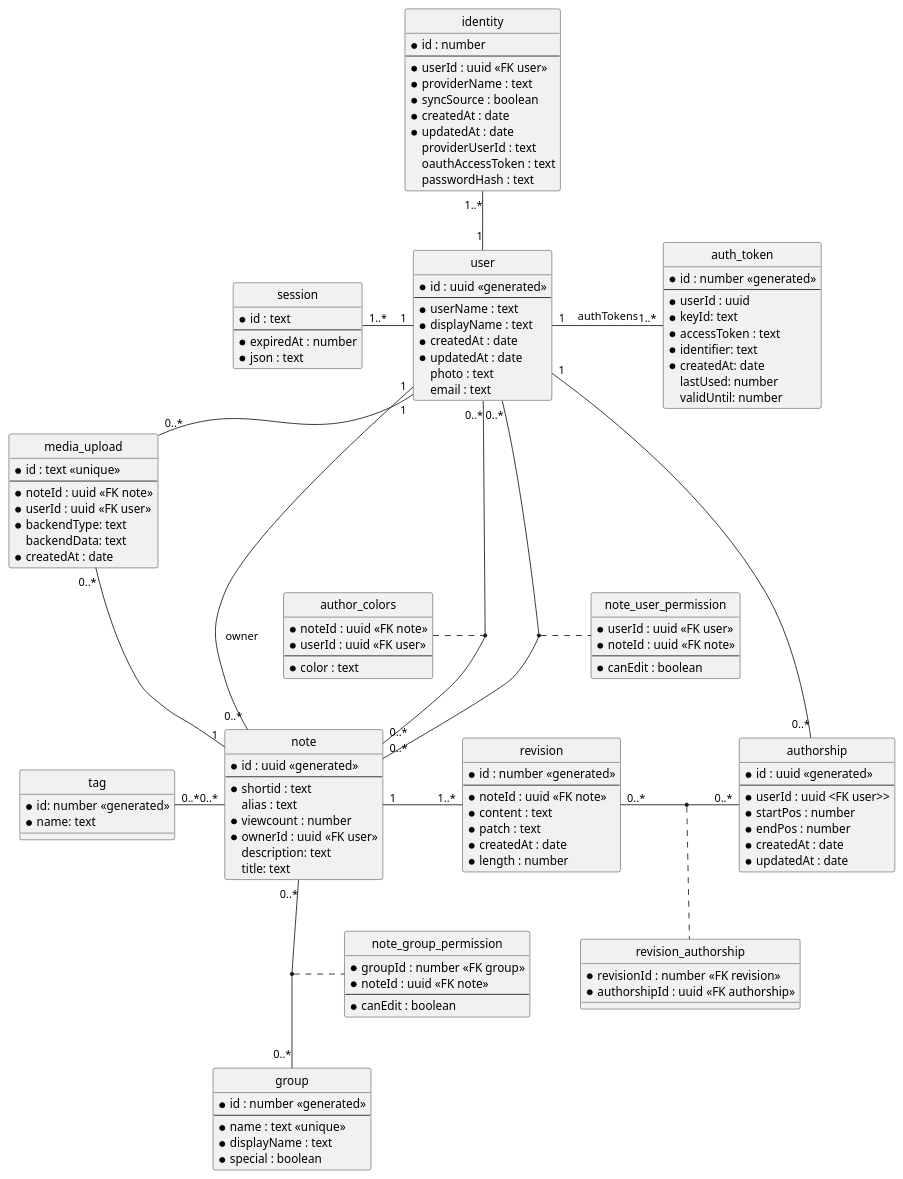
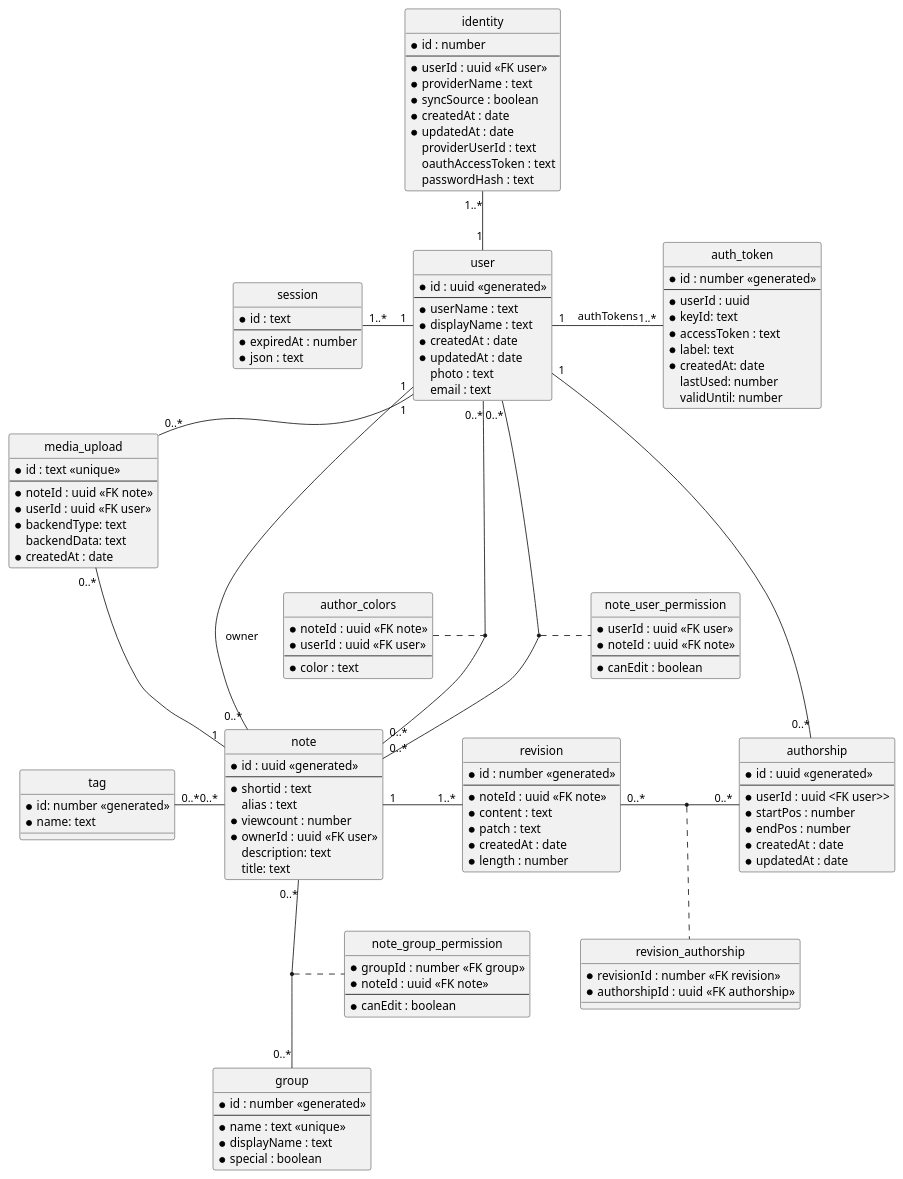
One commit to hedgedoc/hedgedoc changed the diagram in docs/content/dev/db-schema.plantuml. Above: the diagram before and after it, drawn with PlantUML. The commit also changed 5 other files, not shown here.

```diff
--- a/docs/content/dev/db-schema.plantuml
+++ b/docs/content/dev/db-schema.plantuml
@@ -1,159 +1,159 @@
 @startuml
 hide circle
 skinparam nodesep 60
 
 entity "note" {
   *id : uuid <<generated>>
   --
   *shortid : text
   alias : text
   *viewcount : number
   *ownerId : uuid <<FK user>>
   description: text
   title: text
 }
 
 entity "user" {
   *id : uuid <<generated>>
   --
   *userName : text
   *displayName : text
   *createdAt : date
   *updatedAt : date
   photo : text
   email : text
 }
 
 entity "auth_token"{
   *id : number <<generated>>
   --
   *userId : uuid
   *keyId: text
   *accessToken : text
-  *identifier: text
+  *label: text
   *createdAt: date
   lastUsed: number
   validUntil: number
 }
 
 entity "identity" {
   *id : number
   --
   *userId : uuid <<FK user>>
   ' Identifies the external login provider and is set in the config
   *providerName : text
   *syncSource : boolean
   *createdAt : date
   *updatedAt : date
   ' The unique identifier of a user from the login provider
   providerUserId : text
   ' Token used to access the OAuth provider in the users name. Can be NULL
   oauthAccessToken : text
   ' Password hash. Can be NULL
   passwordHash : text
 }
 
 entity "session" {
   *id : text
   --
   *expiredAt : number
   *json : text
 }
 
 
 entity "revision" {
   *id : number <<generated>>
   --
   *noteId : uuid <<FK note>>
   *content : text
   *patch : text
   *createdAt : date
   *length : number
 }
 
 entity "authorship" {
   *id : uuid <<generated>>
   --
   *userId : uuid <FK user>>
   *startPos : number
   *endPos : number
   *createdAt : date
   *updatedAt : date
 }
 
 entity "revision_authorship" {
   *revisionId : number <<FK revision>>
   *authorshipId : uuid <<FK authorship>>
 }
 
 entity "author_colors" {
   *noteId : uuid <<FK note>>
   *userId : uuid <<FK user>>
   --
   *color : text
 }
 
 
 entity "note_user_permission" {
   *userId : uuid <<FK user>>
   *noteId : uuid <<FK note>>
   --
   *canEdit : boolean
 }
 
 entity "group" {
   *id : number <<generated>>
   --
   *name : text <<unique>>
   *displayName : text
   ' Is set to denote a special group
   ' Special groups are used to map the old share settings like "everyone can edit"
   ' or "logged in users can view" to the group permission system
   *special : boolean
   }
 
 entity "note_group_permission" {
   *groupId : number <<FK group>>
   *noteId : uuid <<FK note>>
   --
   *canEdit : boolean
 }
 
 entity "tag" {
   *id: number <<generated>>
   *name: text
 }
 
 entity "media_upload" {
   *id : text <<unique>>
   --
   *noteId : uuid <<FK note>>
   *userId : uuid <<FK user>>
   *backendType: text
   backendData: text
   *createdAt : date
 }
 
 user "1" -- "0..*" note: owner
 user "1" -u- "1..*" identity
 user "1" - "1..*" auth_token: authTokens
 user "1" -l- "1..*" session
 user "1" - "0..*" media_upload
 user "0..*" -- "0..*" note
 user "1" - "0..*" authorship
 
 (user, note) . author_colors
 
 revision "0..*" - "0..*" authorship
 (revision, authorship) .. revision_authorship
 
 media_upload "0..*"  -- "1" note
 note "1" - "1..*" revision
 note "0..*" -l- "0..*" tag
 note "0..*" -- "0..*" group
 
 user "0..*" -- "0..*" note
 (user, note) . note_user_permission
 (note, group) . note_group_permission
 
 @enduml
```
